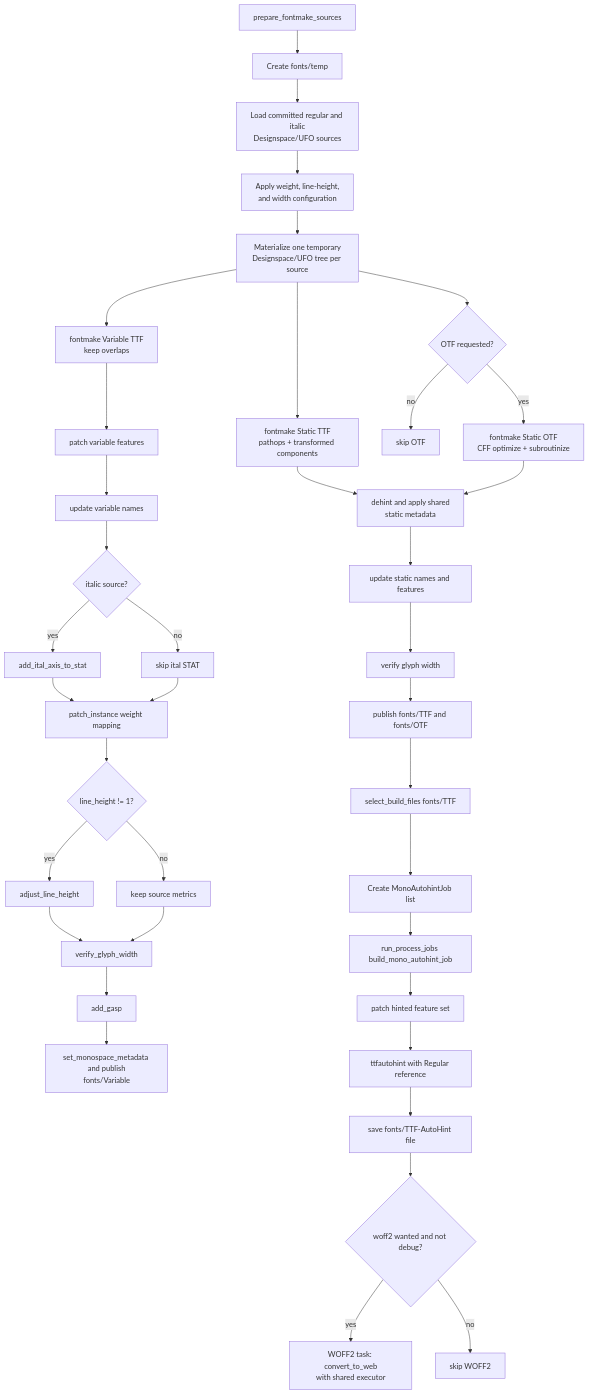
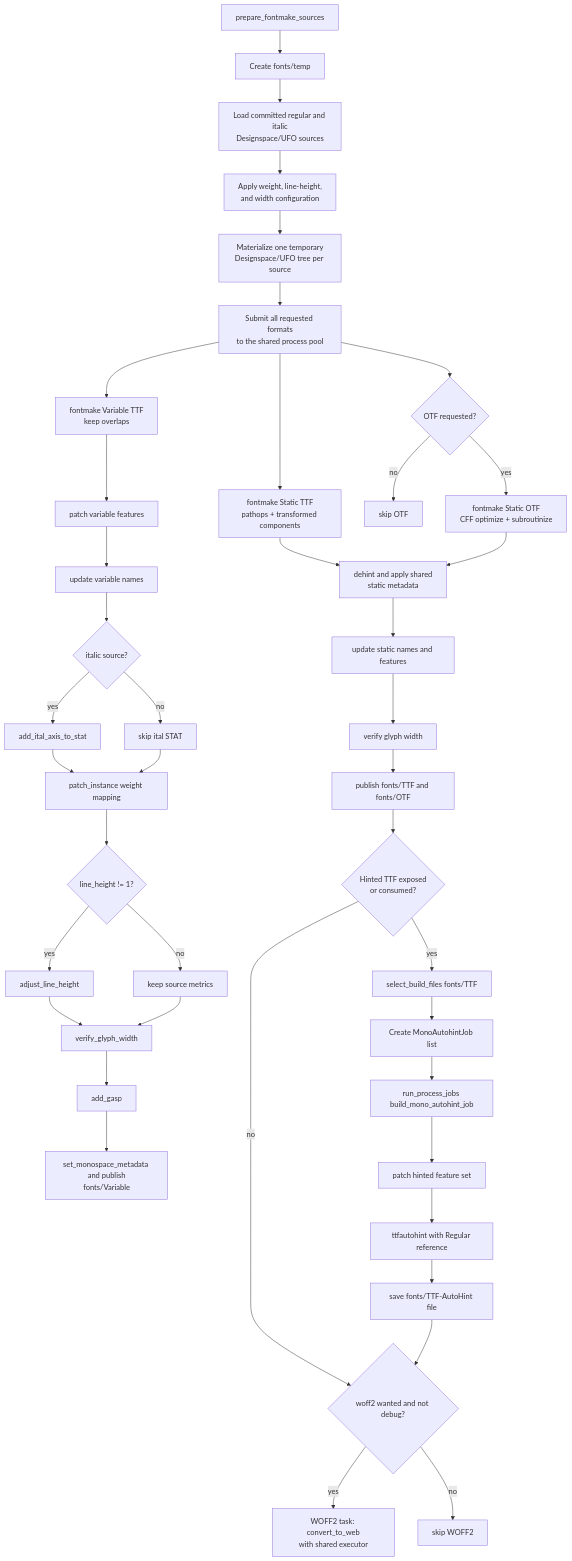
One commit to iaragoza2027/maple-font-taro changed the second of 5 diagrams in scripts/README.md. Above: the diagram before and after it, drawn with Mermaid. The commit also changed other lines of this file and 10 other files, not shown here.

````diff
--- a/scripts/README.md
+++ b/scripts/README.md
@@ -99,42 +99,45 @@
 ```mermaid
 flowchart TD
     A["prepare_fontmake_sources"] --> TEMP["Create fonts/temp"]
     TEMP --> SRC["Load committed regular and italic<br/>Designspace/UFO sources"]
     SRC --> PREP["Apply weight, line-height,<br/>and width configuration"]
     PREP --> CHECK["Materialize one temporary<br/>Designspace/UFO tree per source"]
-    CHECK --> VF["fontmake Variable TTF<br/>keep overlaps"]
-    CHECK --> TTF["fontmake Static TTF<br/>pathops + transformed components"]
-    CHECK --> OTF_DECISION{"OTF requested?"}
+    CHECK --> BATCH["Submit all requested formats<br/>to the shared process pool"]
+    BATCH --> VF["fontmake Variable TTF<br/>keep overlaps"]
+    BATCH --> TTF["fontmake Static TTF<br/>pathops + transformed components"]
+    BATCH --> OTF_DECISION{"OTF requested?"}
     OTF_DECISION -->|"yes"| OTF["fontmake Static OTF<br/>CFF optimize + subroutinize"]
     OTF_DECISION -->|"no"| SKIP_OTF["skip OTF"]
 
     VF --> H["patch variable features"]
     H --> I["update variable names"]
     I --> J{"italic source?"}
     J -->|"yes"| K["add_ital_axis_to_stat"]
     J -->|"no"| L["skip ital STAT"]
     K --> M["patch_instance weight mapping"]
     L --> M
     M --> N{"line_height != 1?"}
     N -->|"yes"| O["adjust_line_height"]
     N -->|"no"| P["keep source metrics"]
     O --> Q["verify_glyph_width"]
     P --> Q
     Q --> R["add_gasp"]
     R --> S["set_monospace_metadata and publish<br/>fonts/Variable"]
 
     TTF --> AG["dehint and apply shared<br/>static metadata"]
     OTF --> AG
     AG --> AH["update static names and features"]
     AH --> AI["verify glyph width"]
     AI --> AJ["publish fonts/TTF and fonts/OTF"]
-    AJ --> AQ["select_build_files fonts/TTF"]
+    AJ --> HINT_DECISION{"Hinted TTF exposed<br/>or consumed?"}
+    HINT_DECISION -->|"yes"| AQ["select_build_files fonts/TTF"]
+    HINT_DECISION -->|"no"| AK
     AQ --> AR["Create MonoAutohintJob list"]
     AR --> AS["run_process_jobs build_mono_autohint_job"]
     AS --> AT["patch hinted feature set"]
     AT --> AU["ttfautohint with Regular reference"]
     AU --> AV["save fonts/TTF-AutoHint file"]
     AV --> AK{"woff2 wanted and not debug?"}
     AK -->|"yes"| AL["WOFF2 task: convert_to_web<br/>with shared executor"]
     AK -->|"no"| AM["skip WOFF2"]
 ```
````
